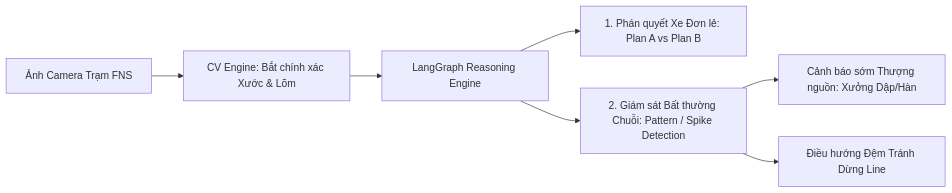
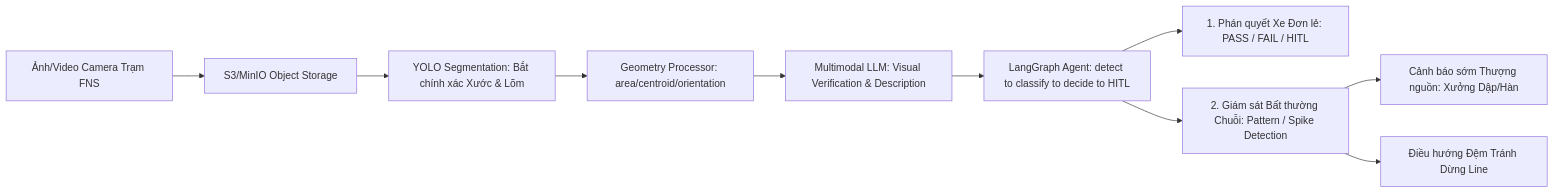
One commit to Dang2k5/surface_car changed the diagram in docs/PRD.md. Above: the diagram before and after it, drawn with Mermaid. The commit also changed other lines of this file and 7 other files, not shown here.

First line of the commit message:
Đồng bộ tài liệu Visual QC Agent với DE_BAI_GOC.md và mã nguồn thực tế

````diff
--- a/docs/PRD.md
+++ b/docs/PRD.md
@@ -36,9 +88,12 @@
 ```mermaid
 graph LR
-    Input[Ảnh Camera Trạm FNS] --> CV[CV Engine: Bắt chính xác Xước & Lõm]
-    CV --> Agent[LangGraph Reasoning Engine]
-    Agent --> SingleCar[1. Phán quyết Xe Đơn lẻ: Plan A vs Plan B]
+    Input[Ảnh/Video Camera Trạm FNS] --> Storage[S3/MinIO Object Storage]
+    Storage --> CV[YOLO Segmentation: Bắt chính xác Xước & Lõm]
+    CV --> Geo[Geometry Processor: area/centroid/orientation]
+    Geo --> MLLM[Multimodal LLM: Visual Verification & Description]
+    MLLM --> Agent[LangGraph Agent: detect to classify to decide to HITL]
+    Agent --> SingleCar[1. Phán quyết Xe Đơn lẻ: PASS / FAIL / HITL]
     Agent --> TrendMonitor[2. Giám sát Bất thường Chuỗi: Pattern / Spike Detection]
     TrendMonitor --> EarlyWarning[Cảnh báo sớm Thượng nguồn: Xưởng Dập/Hàn]
     TrendMonitor --> FlowBalancing[Điều hướng Đệm Tránh Dừng Line]
 ```
````
